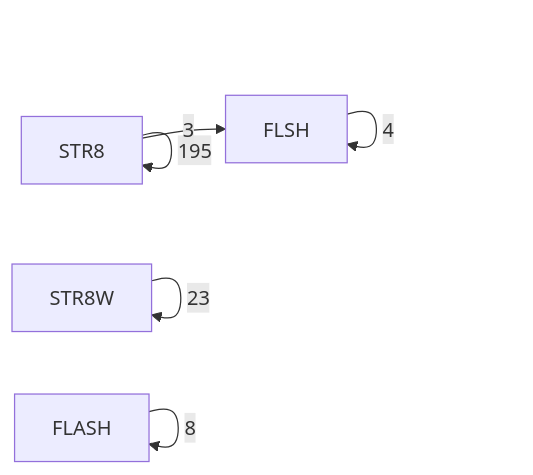
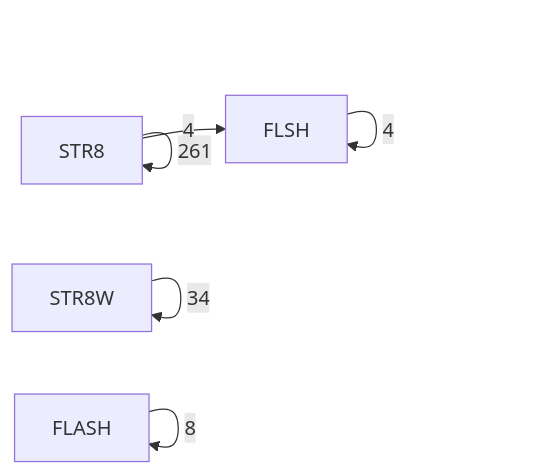
Before and after one commit to 95westus/R-YORS: the fifth of 6 diagrams in DOC/GENERATED/ROUTINE_CLASS_DIAGRAM.md, drawn with Mermaid. The commit also changed other lines of this file and 40 other files, not shown here.

````diff
--- a/DOC/GENERATED/ROUTINE_CLASS_DIAGRAM.md
+++ b/DOC/GENERATED/ROUTINE_CLASS_DIAGRAM.md
@@ -78,8 +78,8 @@
 ```mermaid
 flowchart LR
-    P_STR8[STR8] -->|195| P_STR8[STR8]
-    P_STR8W[STR8W] -->|23| P_STR8W[STR8W]
+    P_STR8[STR8] -->|261| P_STR8[STR8]
+    P_STR8W[STR8W] -->|34| P_STR8W[STR8W]
     P_FLASH[FLASH] -->|8| P_FLASH[FLASH]
     P_FLSH[FLSH] -->|4| P_FLSH[FLSH]
-    P_STR8[STR8] -->|3| P_FLSH[FLSH]
+    P_STR8[STR8] -->|4| P_FLSH[FLSH]
 ```
````
